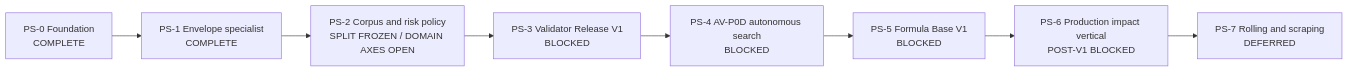
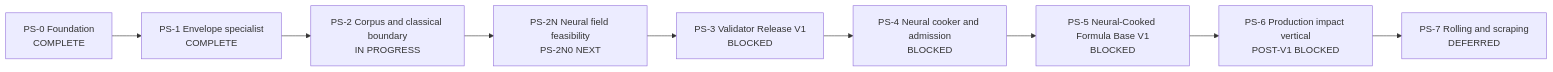
The diagram in docs/plans/physical-sound-synthesis-roadmap.md (kaifaty/NextEngine), drawn with Mermaid before and after one commit. The commit also changed other lines of this file and 5 other files, not shown here.

Commit message:
docs(sound): adopt neural-first acoustic field roadmap

````diff
--- a/docs/plans/physical-sound-synthesis-roadmap.md
+++ b/docs/plans/physical-sound-synthesis-roadmap.md
@@ -96,10 +118,11 @@
 ```mermaid
 flowchart LR
     PS0["PS-0 Foundation<br/>COMPLETE"] --> PS1["PS-1 Envelope specialist<br/>COMPLETE"]
-    PS1 --> PS2["PS-2 Corpus and risk policy<br/>SPLIT FROZEN / DOMAIN AXES OPEN"]
-    PS2 --> PS3["PS-3 Validator Release V1<br/>BLOCKED"]
-    PS3 --> PS4["PS-4 AV-P0D autonomous search<br/>BLOCKED"]
-    PS4 --> PS5["PS-5 Formula Base V1<br/>BLOCKED"]
+    PS1 --> PS2["PS-2 Corpus and classical boundary<br/>IN PROGRESS"]
+    PS2 --> PS2N["PS-2N Neural field feasibility<br/>PS-2N0 NEXT"]
+    PS2N --> PS3["PS-3 Validator Release V1<br/>BLOCKED"]
+    PS3 --> PS4["PS-4 Neural cooker and admission<br/>BLOCKED"]
+    PS4 --> PS5["PS-5 Neural-Cooked Formula Base V1<br/>BLOCKED"]
     PS5 --> PS6["PS-6 Production impact vertical<br/>POST-V1 BLOCKED"]
     PS6 --> PS7["PS-7 Rolling and scraping<br/>DEFERRED"]
 ```
````
